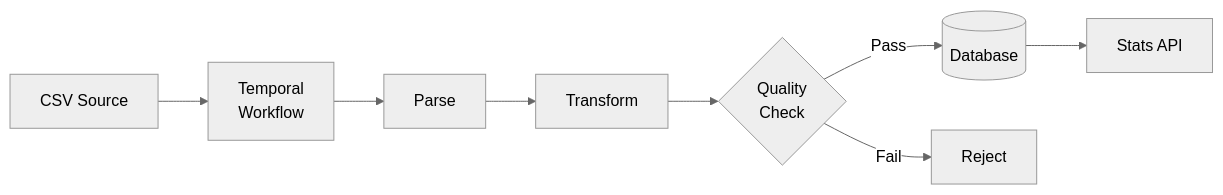
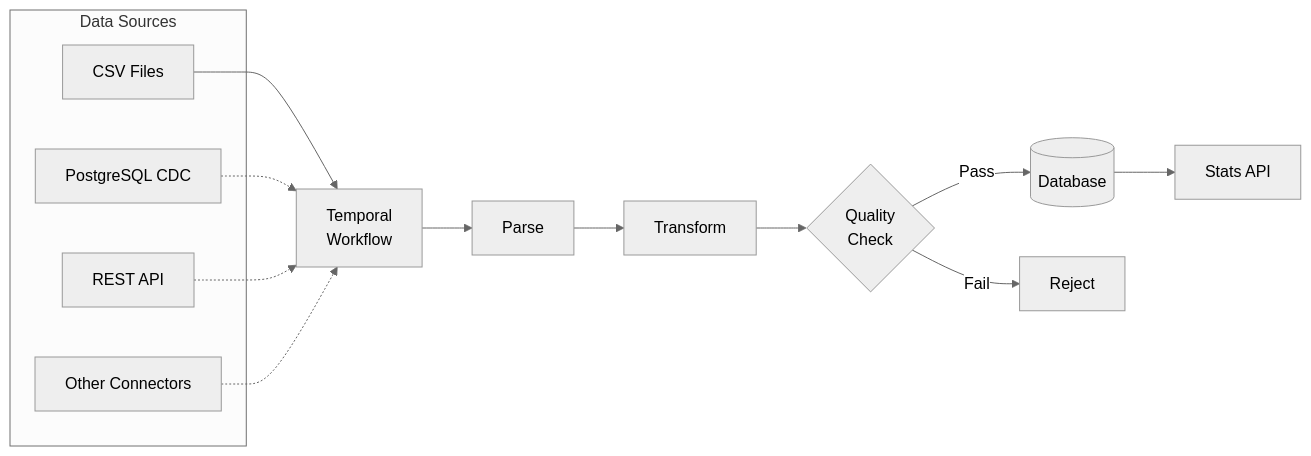
One commit to shabazpatel/acp-infra changed the third of 3 diagrams in README.md. Above: the diagram before and after it, drawn with Mermaid (neutral theme). The commit also changed other lines of this file, not shown here.

Commit message:
update readme on data flow diagram

````diff
--- a/README.md
+++ b/README.md
@@ -134,10 +134,21 @@
 ```mermaid
 flowchart LR
-    CSV[CSV Source] --> Workflow[Temporal<br/>Workflow]
+    subgraph SOURCES["Data Sources"]
+        CSV[CSV Files]
+        PG[PostgreSQL CDC]
+        API[REST API]
+        OTHER[Other Connectors]
+    end
+
+    CSV --> Workflow[Temporal<br/>Workflow]
+    PG -.-> Workflow
+    API -.-> Workflow
+    OTHER -.-> Workflow
+
     Workflow --> Parse[Parse]
     Parse --> Transform[Transform]
     Transform --> QC{Quality<br/>Check}
     QC -->|Pass| DB[(Database)]
     QC -->|Fail| Reject[Reject]
     DB --> Stats[Stats API]
 ```
````
